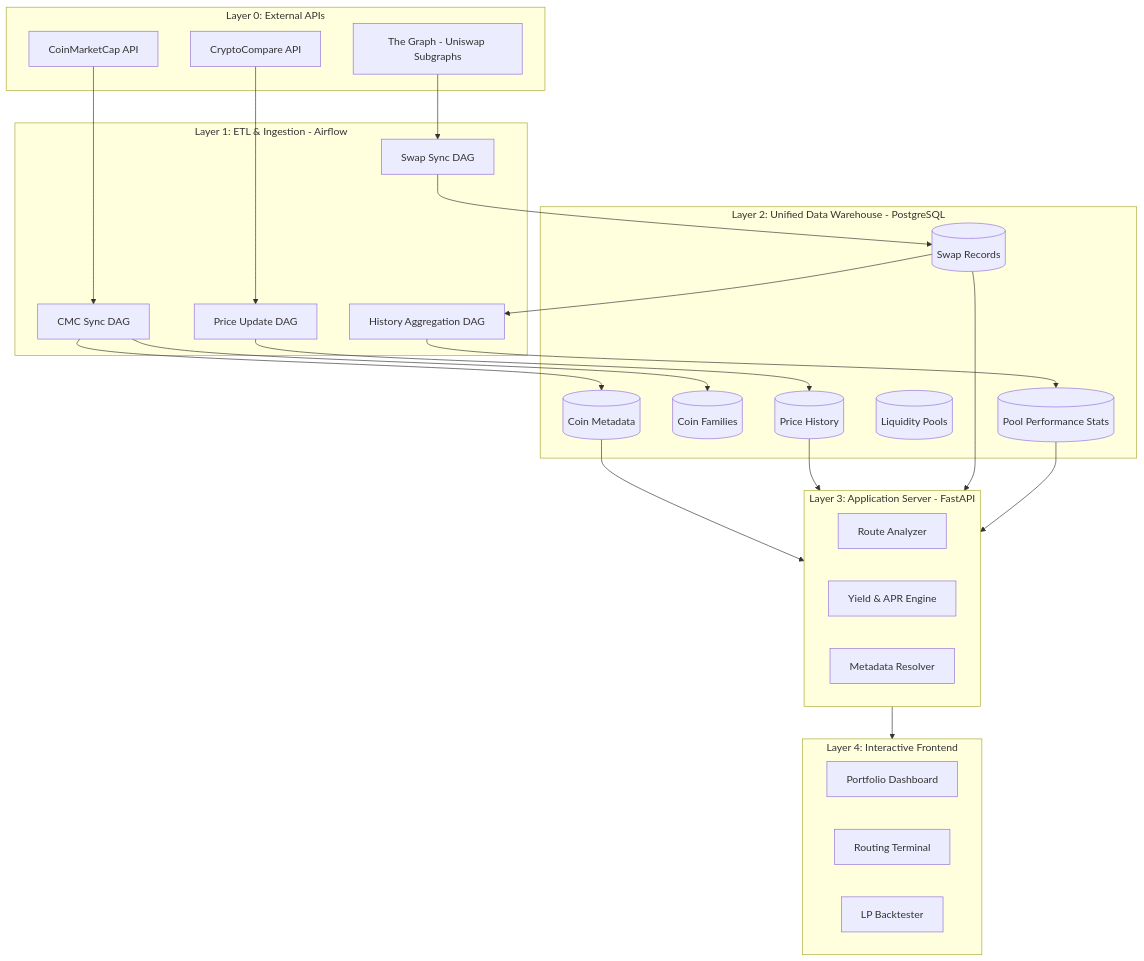
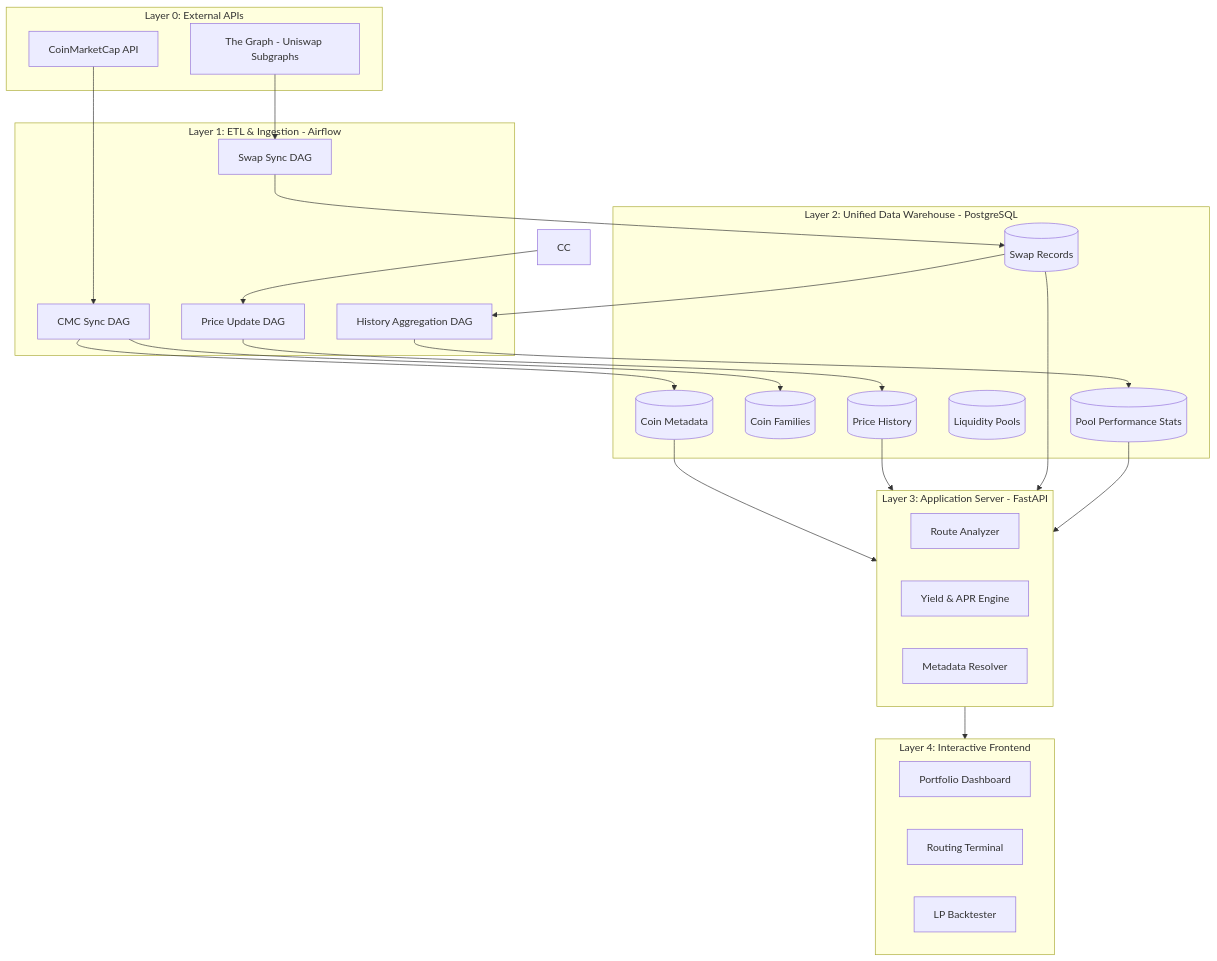
One commit to bekisz/chaintelligence changed the diagram in docs/architecture.md. Above: the diagram before and after it, drawn with Mermaid. The commit also changed other lines of this file and 19 other files, not shown here.

````diff
--- a/docs/architecture.md
+++ b/docs/architecture.md
@@ -66,57 +66,56 @@
 ```mermaid
 graph TD
     subgraph External_Data_Sources [Layer 0: External APIs]
         CMC[CoinMarketCap API]
-        CC[CryptoCompare API]
         TG[The Graph - Uniswap Subgraphs]
 
     end
 
     subgraph Ingestion_Layer [Layer 1: ETL & Ingestion - Airflow]
         DAG_CMC[CMC Sync DAG]
         DAG_Price[Price Update DAG]
         DAG_Swap[Swap Sync DAG]
 
         DAG_Agg[History Aggregation DAG]
     end
 
     subgraph Storage_Layer [Layer 2: Unified Data Warehouse - PostgreSQL]
         T_Coin[(Coin Metadata)]
         T_Family[(Coin Families)]
         T_Price[(Price History)]
         T_Swaps[(Swap Records)]
         T_Pools[(Liquidity Pools)]
         T_Stats[(Pool Performance Stats)]
     end
 
     subgraph Logic_Layer [Layer 3: Application Server - FastAPI]
         API_Route[Route Analyzer]
         API_Yield[Yield & APR Engine]
         API_Meta[Metadata Resolver]
     end
 
     subgraph Presentation_Layer [Layer 4: Interactive Frontend]
         UI_Dash[Portfolio Dashboard]
         UI_Route[Routing Terminal]
         UI_Back[LP Backtester]
     end
 
     %% Data Flow & Dependencies
     CMC --> DAG_CMC
     CC --> DAG_Price
     TG --> DAG_Swap
 
 
     DAG_CMC --> T_Coin
     DAG_CMC --> T_Family
     DAG_Price --> T_Price
     DAG_Swap --> T_Swaps
 
     T_Swaps --> DAG_Agg
     DAG_Agg --> T_Stats
 
     T_Coin & T_Price & T_Swaps & T_Stats --> Logic_Layer
     
     %% Presentation Layer ONLY reaches Logic Layer
     Logic_Layer --> Presentation_Layer
 ```
````
